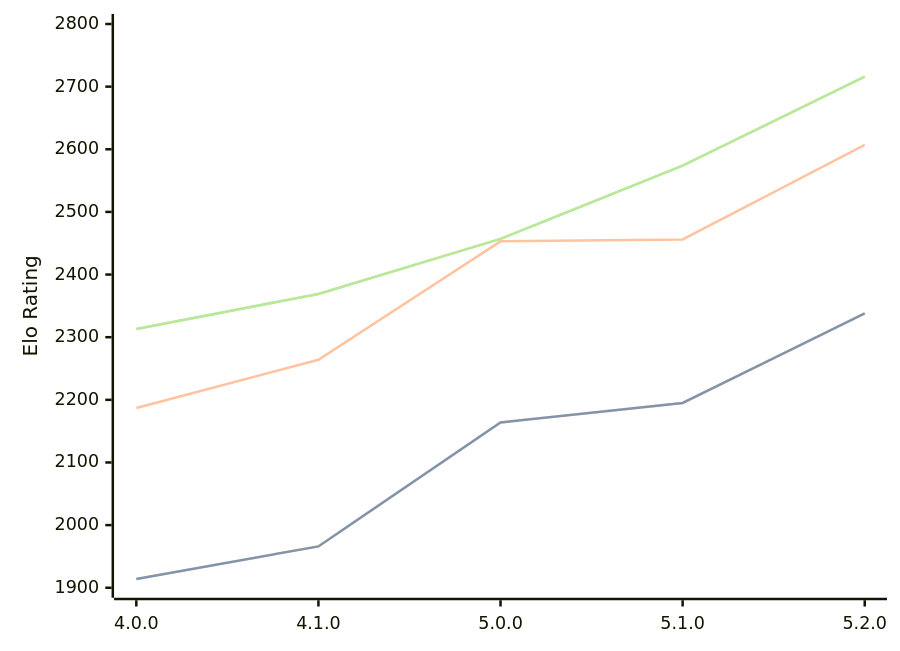
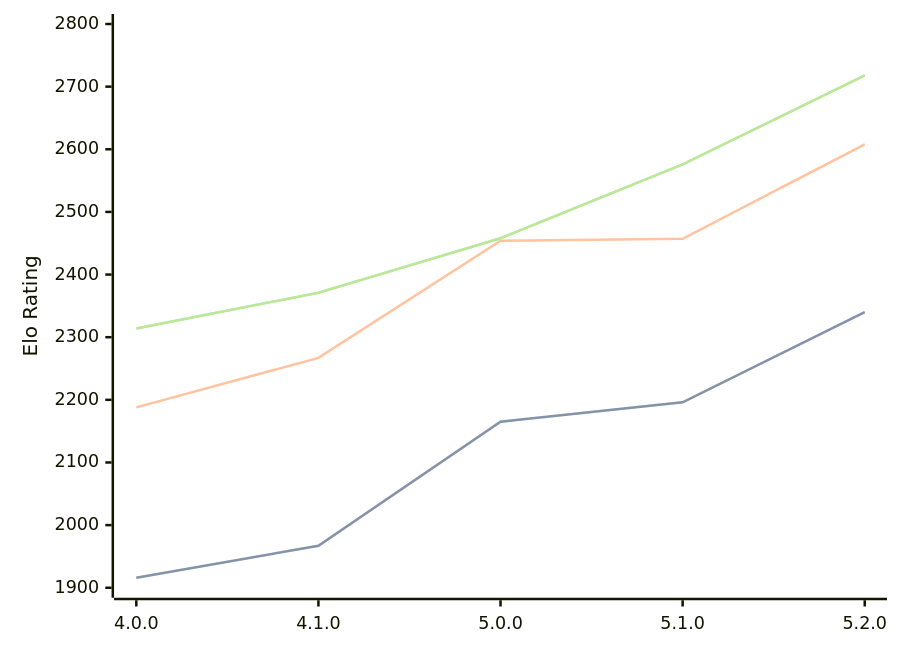
One commit to computer-chess-index/cci changed the diagram in engines/Aconcagua.md. Above: the diagram before and after it, drawn with Mermaid. The commit also changed other lines of this file, not shown here.

Commit message:
Update CCI Ratings (ELO VLTC) - 2026-10-09

````diff
--- a/engines/Aconcagua.md
+++ b/engines/Aconcagua.md
@@ -35,11 +35,11 @@
 ```mermaid
 %%{init: {"theme":"base","themeVariables":{"seriesColors:['#a3a3a3','#222221','#faa371']}}}%%
 xychart-beta
   x-axis ["4.0.0", "4.1.0", "5.0.0", "5.1.0", "5.2.0"]
   y-axis "Elo Rating" 1900 --> 2800
-  line "" [1914, 1966, 2164, 2195, 2338]
-  line "STC (8.0+0.08s)" [1914, 1966, 2164, 2195, 2338]
-  line "LTC (60.0+0.60s)" [2187, 2264, 2453, 2456, 2607]
-  line "" [2313, 2369, 2457, 2574, 2716]
-  line "VLTC (2m24s+1.12s)" [2313, 2369, 2457, 2574, 2716]
+  line "" [1916, 1967, 2165, 2196, 2340]
+  line "STC (8.0+0.08s)" [1916, 1967, 2165, 2196, 2340]
+  line "LTC (60.0+0.60s)" [2188, 2267, 2454, 2457, 2608]
+  line "" [2314, 2371, 2458, 2576, 2718]
+  line "VLTC (2m24s+1.12s)" [2314, 2371, 2458, 2576, 2718]
 ```
````
